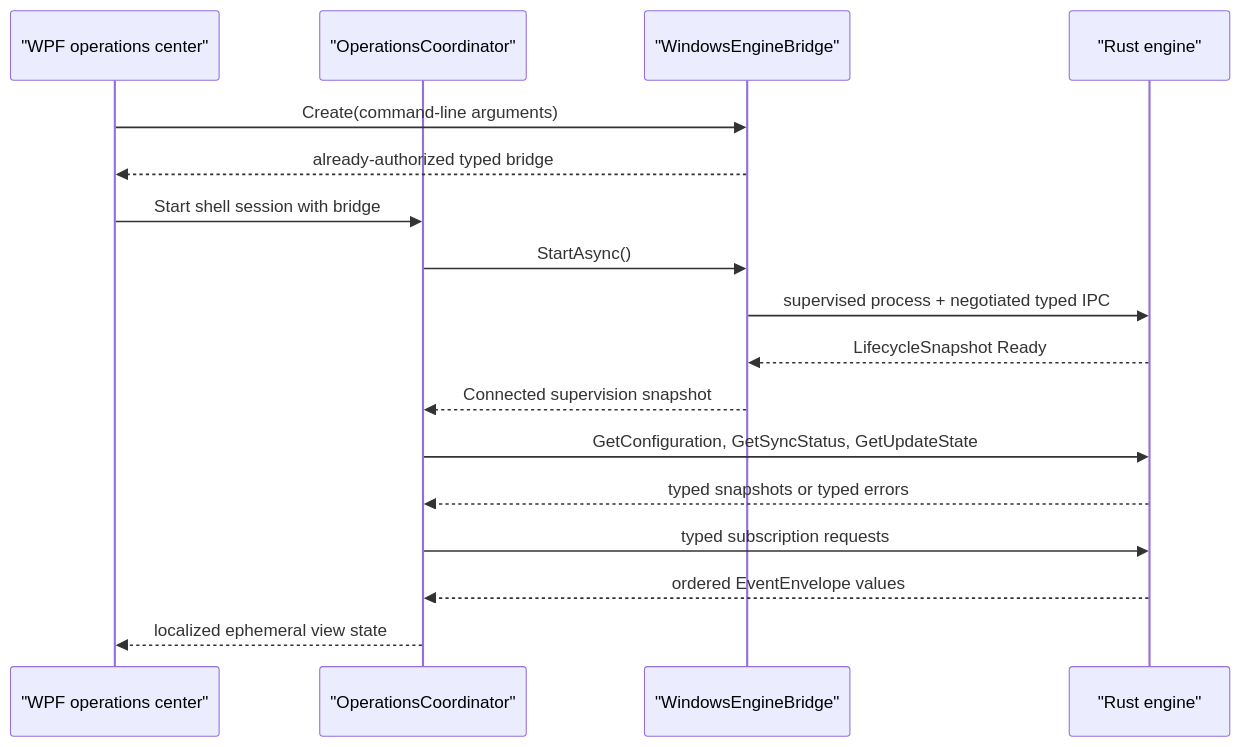
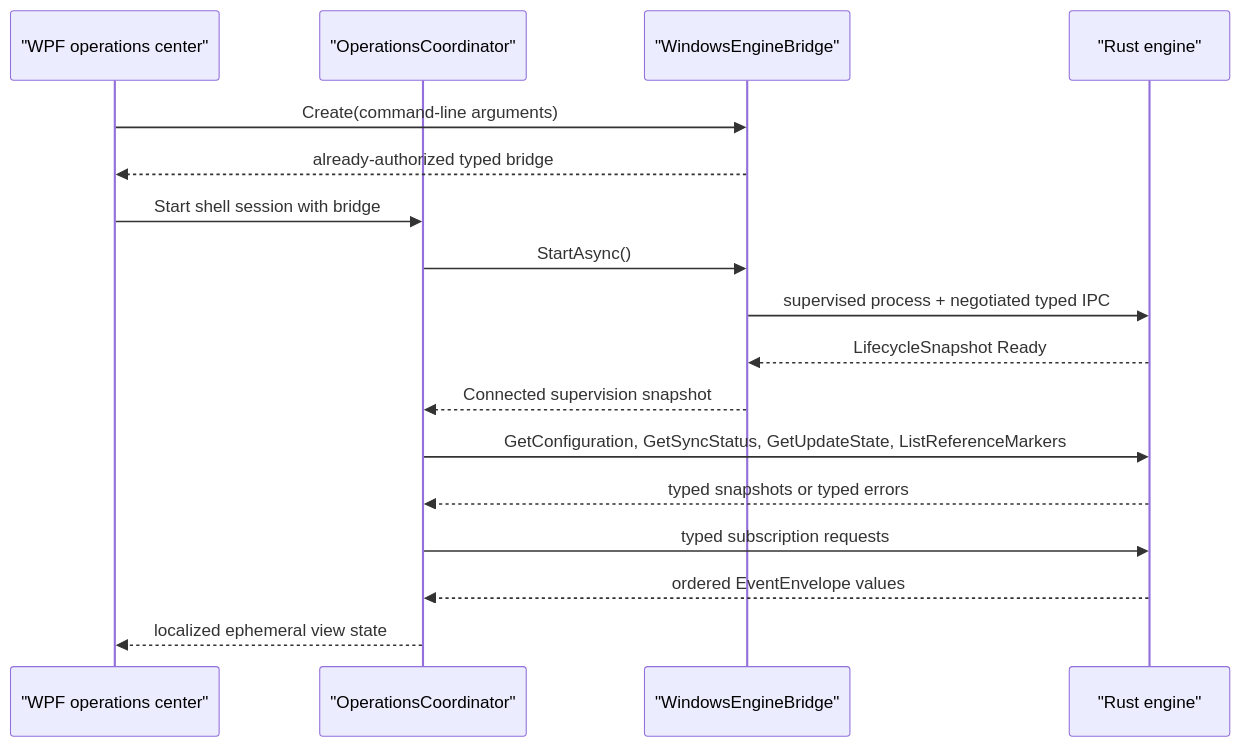
Before and after one commit to HusseinBaraja/Eitmad: the diagram in docs/developer/subsystems/windows-native-shell.md, drawn with Mermaid. The commit also changed other lines of this file and 59 other files, not shown here.

````diff
--- a/docs/developer/subsystems/windows-native-shell.md
+++ b/docs/developer/subsystems/windows-native-shell.md
@@ -38,19 +38,19 @@
 ```mermaid
 sequenceDiagram
     participant UI as "WPF operations center"
     participant Coordinator as "OperationsCoordinator"
     participant Adapter as "WindowsEngineBridge"
     participant Engine as "Rust engine"
     UI->>Adapter: Create(command-line arguments)
     Adapter-->>UI: already-authorized typed bridge
     UI->>Coordinator: Start shell session with bridge
     Coordinator->>Adapter: StartAsync()
     Adapter->>Engine: supervised process + negotiated typed IPC
     Engine-->>Adapter: LifecycleSnapshot Ready
     Adapter-->>Coordinator: Connected supervision snapshot
-    Coordinator->>Engine: GetConfiguration, GetSyncStatus, GetUpdateState
+    Coordinator->>Engine: GetConfiguration, GetSyncStatus, GetUpdateState, ListReferenceMarkers
     Engine-->>Coordinator: typed snapshots or typed errors
     Coordinator->>Engine: typed subscription requests
     Engine-->>Coordinator: ordered EventEnvelope values
     Coordinator-->>UI: localized ephemeral view state
 ```
````
